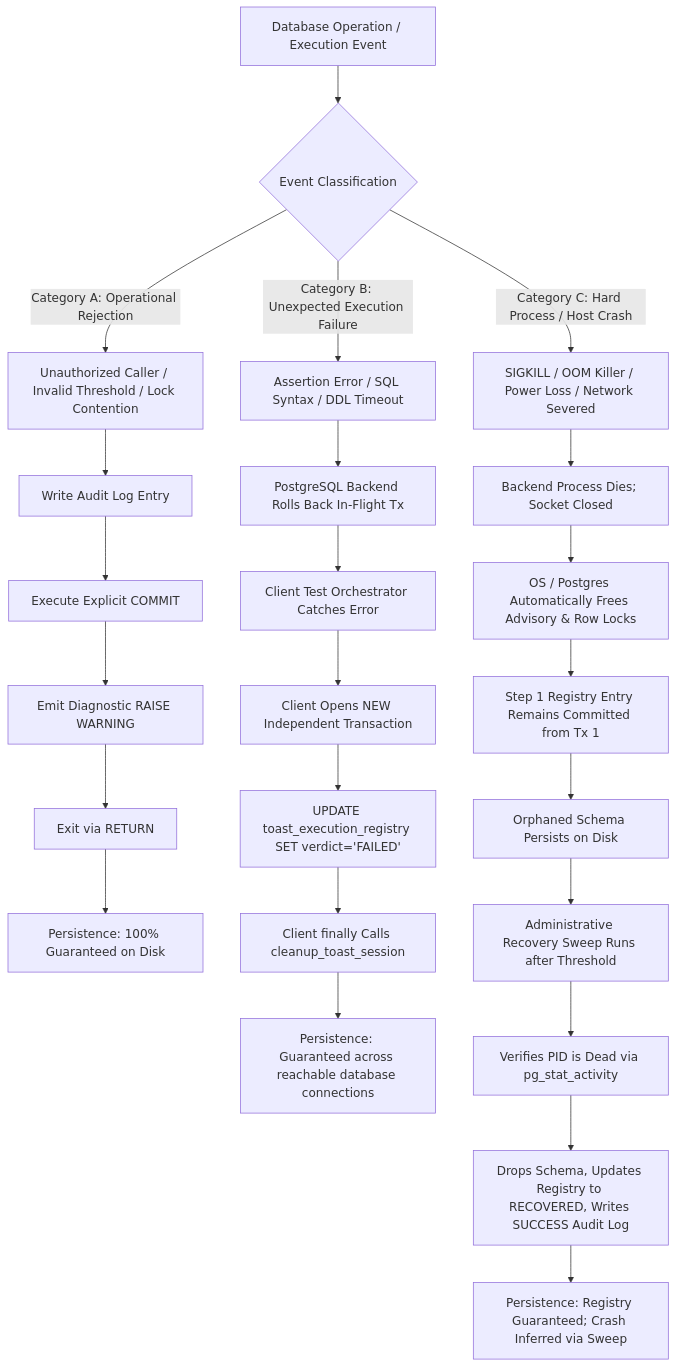
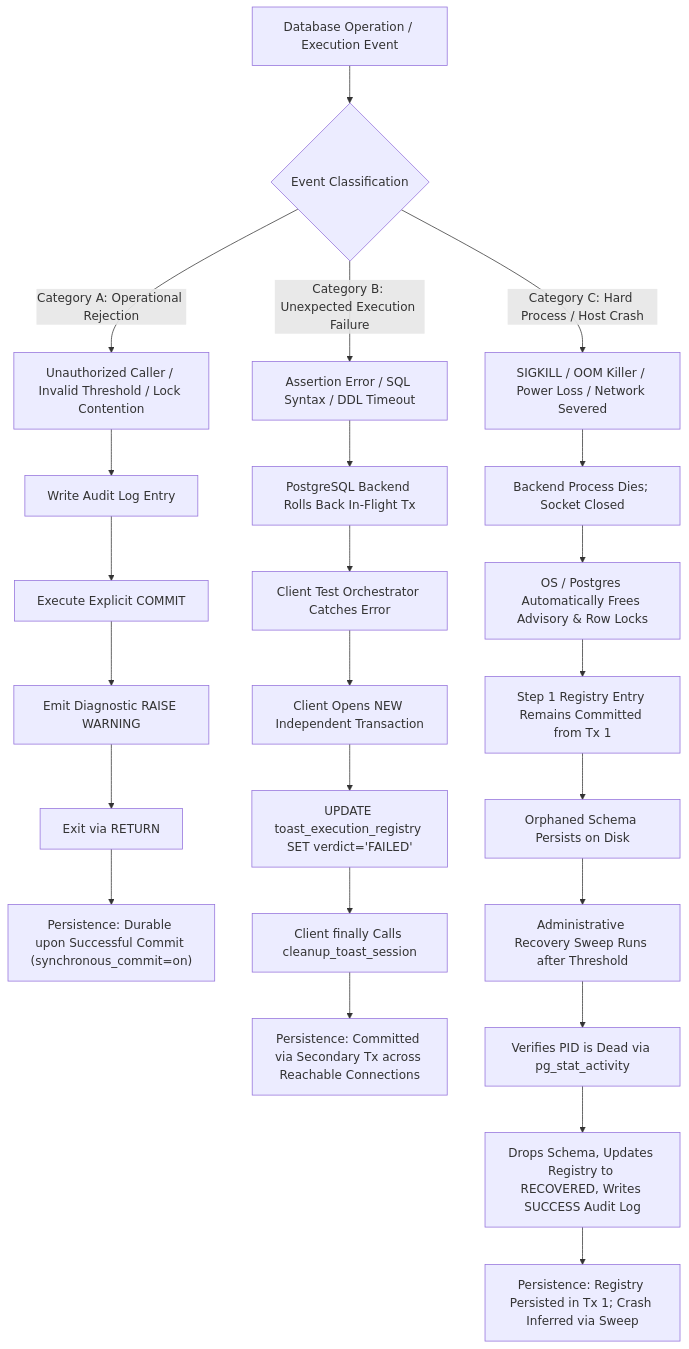
The diagram in PHASE_2B_FINAL_TRANSACTION_CONTROL_REMEDIATION_AND_INDEPENDENT_REVALIDATION_REPORT.md (juancastro2381-hub/BETHESDA-WORSHIP-STUDIO), drawn with Mermaid before and after one commit. The commit also changed other lines of this file and 1 other file, not shown here.

````diff
--- a/PHASE_2B_FINAL_TRANSACTION_CONTROL_REMEDIATION_AND_INDEPENDENT_REVALIDATION_REPORT.md
+++ b/PHASE_2B_FINAL_TRANSACTION_CONTROL_REMEDIATION_AND_INDEPENDENT_REVALIDATION_REPORT.md
@@ -526,29 +527,29 @@
 ```mermaid
 flowchart TD
     A[Database Operation / Execution Event] --> B{Event Classification}
     
     B -->|Category A: Operational Rejection| C[Unauthorized Caller / Invalid Threshold / Lock Contention]
     C --> C1[Write Audit Log Entry]
     C1 --> C2[Execute Explicit COMMIT]
     C2 --> C3[Emit Diagnostic RAISE WARNING]
     C3 --> C4[Exit via RETURN]
-    C4 --> C5[Persistence: 100% Guaranteed on Disk]
+    C4 --> C5["Persistence: Durable upon Successful Commit (synchronous_commit=on)"]
     
     B -->|Category B: Unexpected Execution Failure| D[Assertion Error / SQL Syntax / DDL Timeout]
     D --> D1[PostgreSQL Backend Rolls Back In-Flight Tx]
     D1 --> D2[Client Test Orchestrator Catches Error]
     D2 --> D3[Client Opens NEW Independent Transaction]
     D3 --> D4[UPDATE toast_execution_registry SET verdict='FAILED']
     D4 --> D5[Client finally Calls cleanup_toast_session]
-    D5 --> D6[Persistence: Guaranteed across reachable database connections]
+    D5 --> D6["Persistence: Committed via Secondary Tx across Reachable Connections"]
     
     B -->|Category C: Hard Process / Host Crash| E[SIGKILL / OOM Killer / Power Loss / Network Severed]
     E --> E1[Backend Process Dies; Socket Closed]
     E1 --> E2[OS / Postgres Automatically Frees Advisory & Row Locks]
     E2 --> E3[Step 1 Registry Entry Remains Committed from Tx 1]
     E3 --> E4[Orphaned Schema Persists on Disk]
     E4 --> E5[Administrative Recovery Sweep Runs after Threshold]
     E5 --> E6[Verifies PID is Dead via pg_stat_activity]
     E6 --> E7[Drops Schema, Updates Registry to RECOVERED, Writes SUCCESS Audit Log]
-    E7 --> E8[Persistence: Registry Guaranteed; Crash Inferred via Sweep]
+    E7 --> E8["Persistence: Registry Persisted in Tx 1; Crash Inferred via Sweep"]
 ```
````
